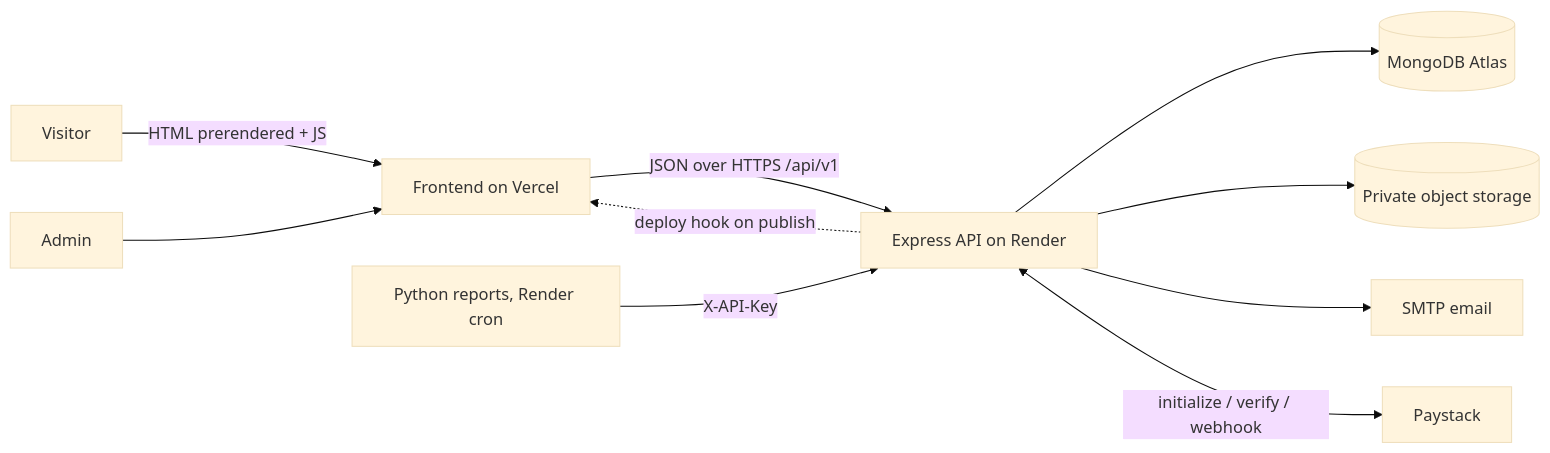
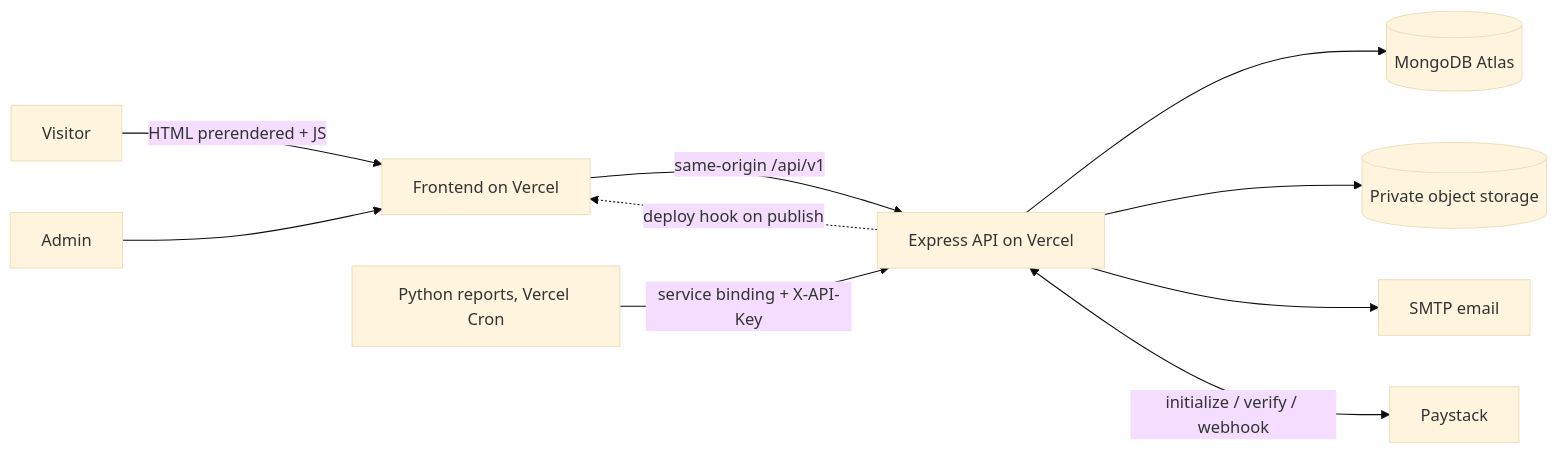
One commit to steveapp531/appilabs changed the diagram in README.md. Above: the diagram before and after it, drawn with Mermaid (base theme). The commit also changed other lines of this file and 16 other files, not shown here.

Commit message:
Configure Vercel multi-service deployment

````diff
--- a/README.md
+++ b/README.md
@@ -88,12 +88,12 @@
 ```mermaid
 flowchart LR
   V[Visitor] -->|HTML prerendered + JS| FE[Frontend on Vercel]
   A[Admin] --> FE
-  FE -->|JSON over HTTPS /api/v1| API[Express API on Render]
+  FE -->|same-origin /api/v1| API[Express API on Vercel]
   API --> DB[(MongoDB Atlas)]
   API --> S3[(Private object storage)]
   API --> SMTP[SMTP email]
   API <-->|initialize / verify / webhook| PS[Paystack]
-  CRON[Python reports, Render cron] -->|X-API-Key| API
+  CRON[Python reports, Vercel Cron] -->|service binding + X-API-Key| API
   API -.->|deploy hook on publish| FE
 ```
````
